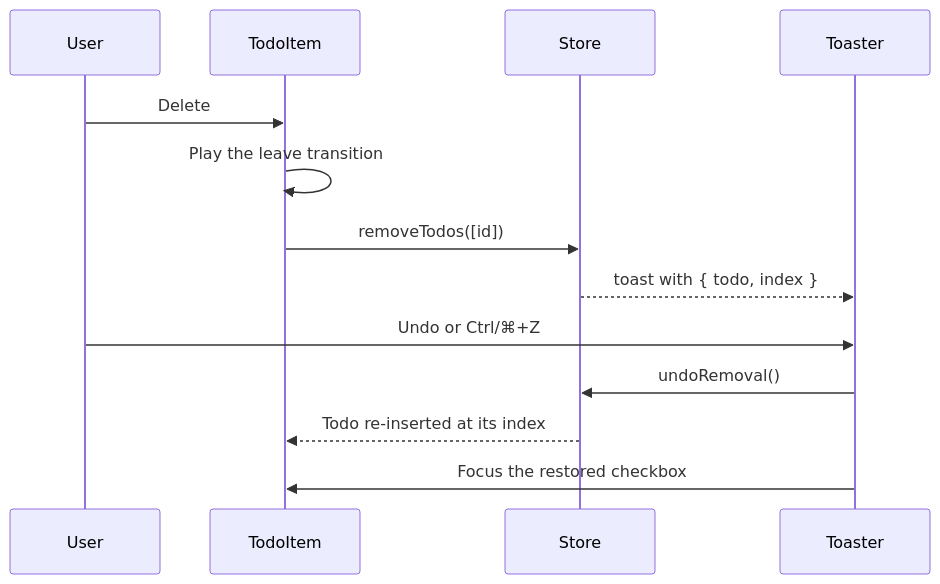
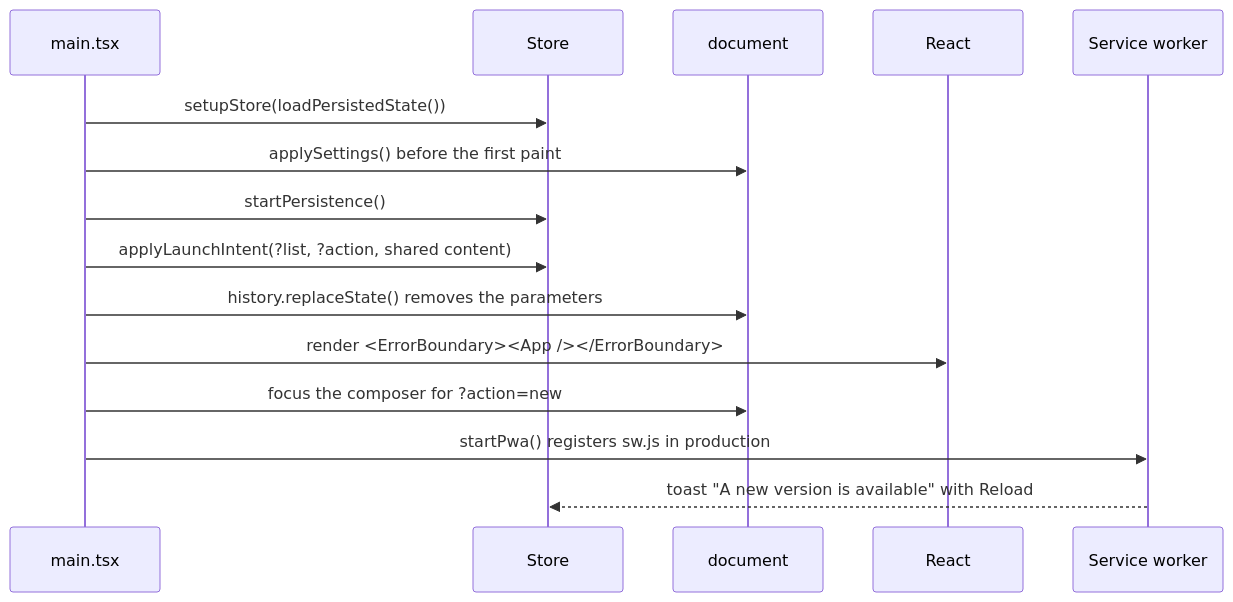
Before and after one commit to sacrificed666/react-todo-app: the eighth of 8 diagrams in docs/architecture.md, drawn with Mermaid. The commit also changed other lines of this file and 263 other files, not shown here.

````diff
--- a/docs/architecture.md
+++ b/docs/architecture.md
@@ -108,15 +282,17 @@
 ```mermaid
 sequenceDiagram
-  participant User
-  participant Item as TodoItem
+  participant Main as main.tsx
   participant Store
-  participant Toast as Toaster
-  User->>Item: Delete
-  Item->>Item: Play the leave transition
-  Item->>Store: removeTodos([id])
-  Store-->>Toast: toast with { todo, index }
-  User->>Toast: Undo or Ctrl/⌘+Z
-  Toast->>Store: undoRemoval()
-  Store-->>Item: Todo re-inserted at its index
-  Toast->>Item: Focus the restored checkbox
+  participant DOM as document
+  participant React
+  participant SW as Service worker
+  Main->>Store: setupStore(loadPersistedState())
+  Main->>DOM: applySettings() before the first paint
+  Main->>Store: startPersistence()
+  Main->>Store: applyLaunchIntent(?list, ?action, shared content)
+  Main->>DOM: history.replaceState() removes the parameters
+  Main->>React: render <ErrorBoundary><App /></ErrorBoundary>
+  Main->>DOM: focus the composer for ?action=new
+  Main->>SW: startPwa() registers sw.js in production
+  SW-->>Store: toast "A new version is available" with Reload
 ```
````
